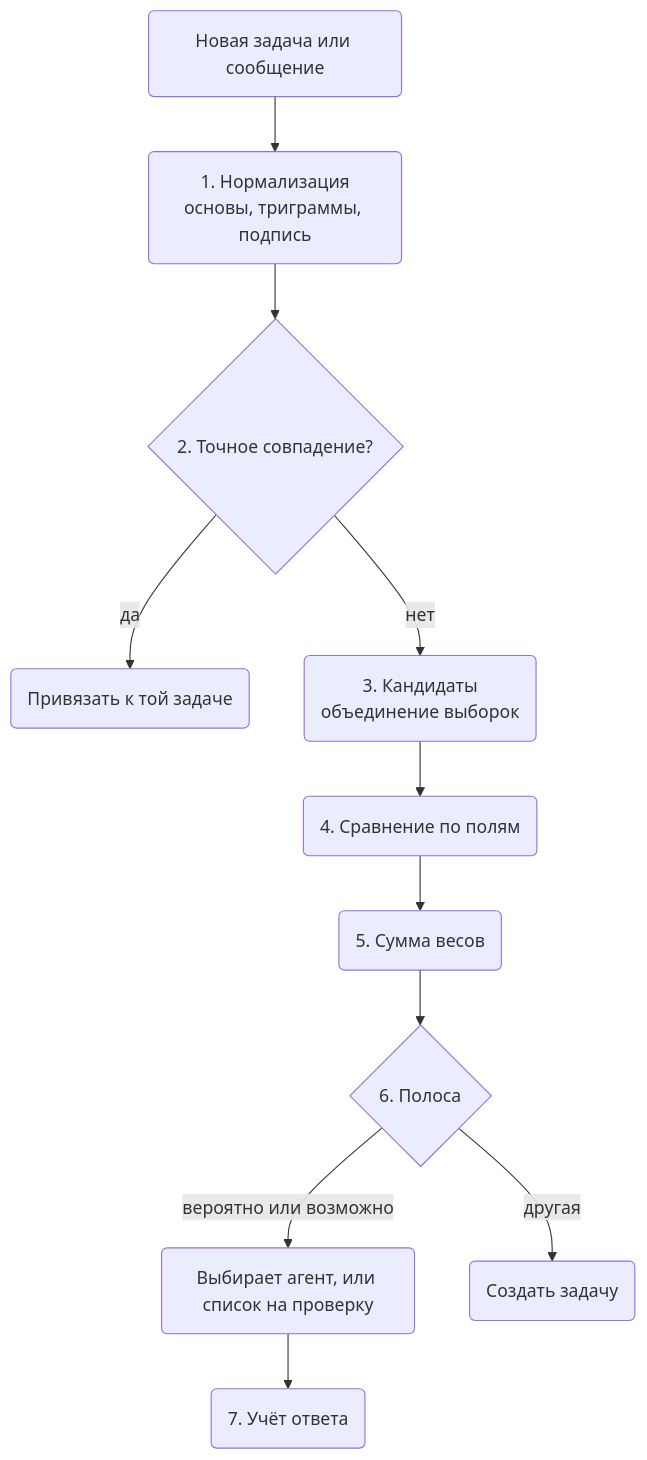
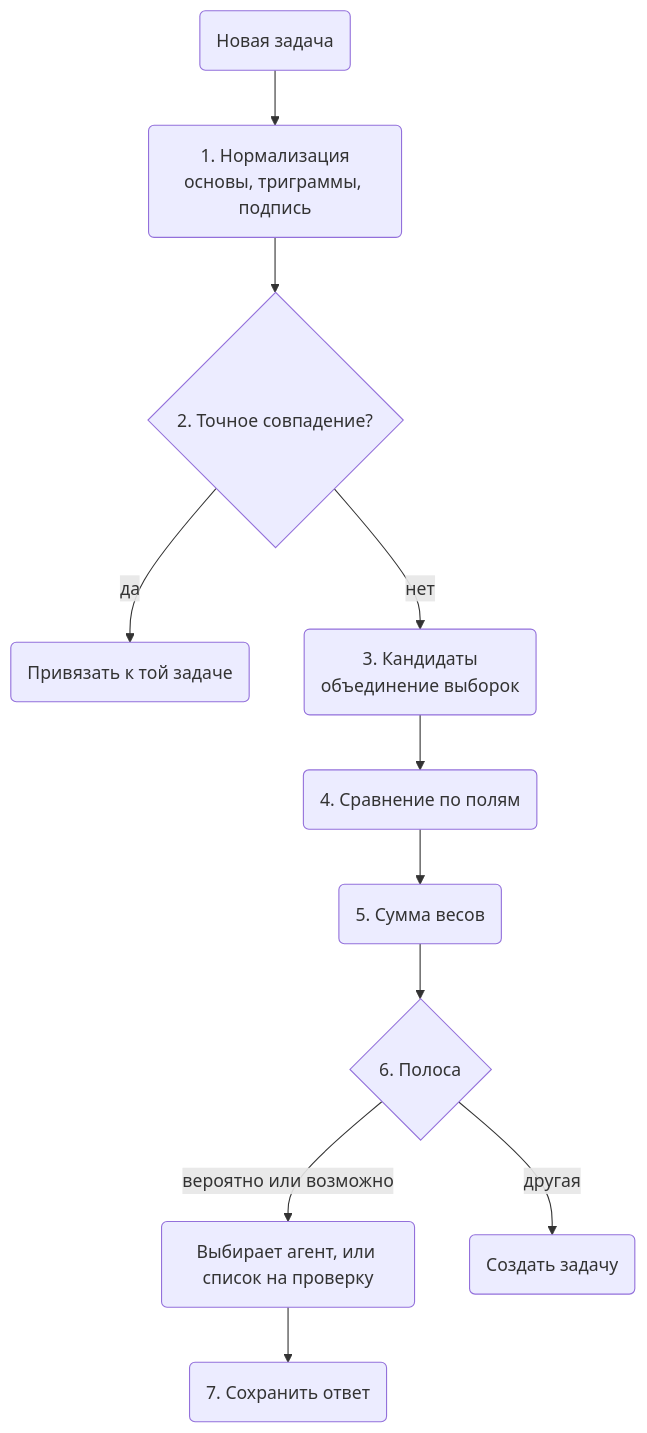
The diagram in content/docs/tasks-architecture.ru.mdx (WireCatLabs/cli-docs), drawn with Mermaid before and after one commit. The commit also changed other lines of this file and 5 other files, not shown here.

````diff
--- a/content/docs/tasks-architecture.ru.mdx
+++ b/content/docs/tasks-architecture.ru.mdx
@@ -95,13 +135,13 @@
 ```mermaid Как новая задача проверяется на дубликаты
 graph TD
-  New("Новая задача или сообщение") --> Norm("1. Нормализация<br>основы, триграммы, подпись")
+  New("Новая задача") --> Norm("1. Нормализация<br>основы, триграммы, подпись")
   Norm --> Certain{"2. Точное совпадение?"}
   Certain -->|"да"| Attach("Привязать к той задаче")
   Certain -->|"нет"| Cand("3. Кандидаты<br>объединение выборок")
   Cand --> Compare("4. Сравнение по полям")
   Compare --> Score("5. Сумма весов")
   Score --> Decide{"6. Полоса"}
   Decide -->|"вероятно или возможно"| Ask("Выбирает агент, или список на проверку")
   Decide -->|"другая"| Create("Создать задачу")
-  Ask --> Learn("7. Учёт ответа")
+  Ask --> Learn("7. Сохранить ответ")
 ```
````
